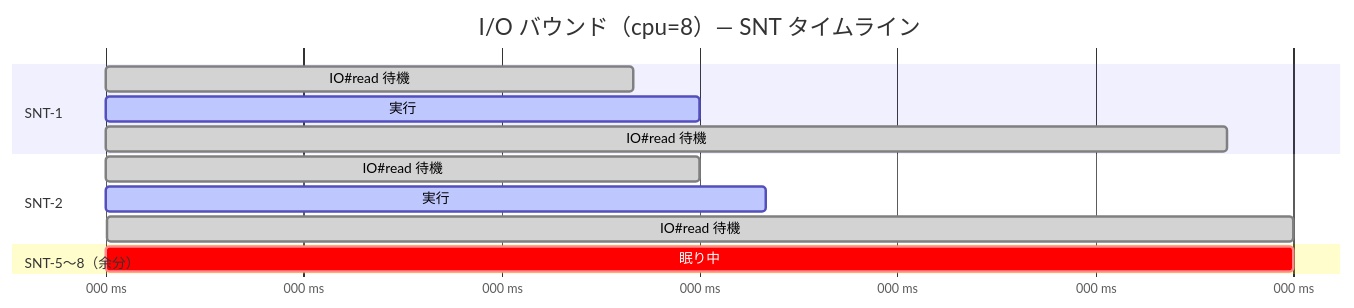
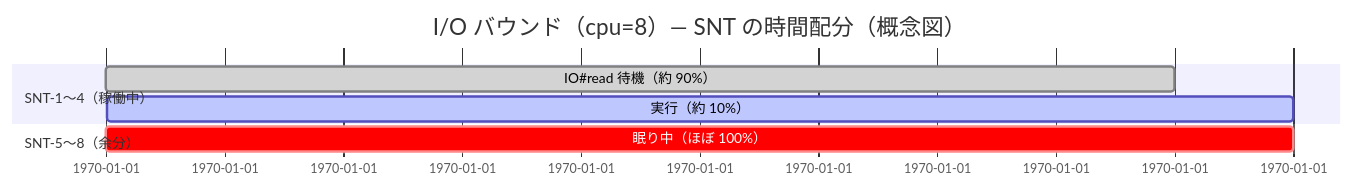
The first of 2 diagrams in wiki/scenarios/sweep-ruby-max-cpu-cpu-bound.md (thekuwayama/biryani-benchmarks), drawn with Mermaid before and after one commit. The commit also changed other lines of this file, not shown here.

First line of the commit message:
wiki: Mermaid Gantt を再設計 — 積み重なり・軸ラベル問題を修正

````diff
--- a/wiki/scenarios/sweep-ruby-max-cpu-cpu-bound.md
+++ b/wiki/scenarios/sweep-ruby-max-cpu-cpu-bound.md
@@ -51,19 +51,12 @@
 ```mermaid
 gantt
-    title I/O バウンド（cpu=8）— SNT タイムライン
+    title I/O バウンド（cpu=8）— SNT の時間配分（概念図）
     dateFormat X
-    axisFormat %L ms
 
-    section SNT-1
-    IO#read 待機 : done, 0, 800
-    実行          : active, 800, 900
-    IO#read 待機 : done, 900, 1700
-
-    section SNT-2
-    IO#read 待機 : done, 100, 900
-    実行          : active, 900, 1000
-    IO#read 待機 : done, 1000, 1800
+    section SNT-1〜4（稼働中）
+    IO#read 待機（約 90%）: done,   0, 9
+    実行（約 10%）         : active, 9, 10
 
     section SNT-5〜8（余分）
-    眠り中 : crit, 0, 1800
+    眠り中（ほぼ 100%）: crit, 0, 10
 ```
````
